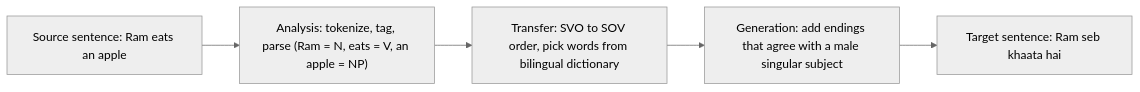
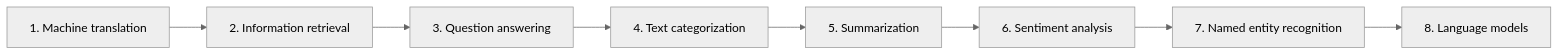
One commit to TrendySloth1001/sem-seven-notes changed the first of 9 diagrams in content/natural-language-processing/notes/nlp-applications.hi.mdx. Above: the diagram before and after it, drawn with Mermaid (neutral theme). The commit also changed other lines of this file and 406 other files, not shown here.

````diff
--- a/content/natural-language-processing/notes/nlp-applications.hi.mdx
+++ b/content/natural-language-processing/notes/nlp-applications.hi.mdx
@@ -128,8 +30,11 @@
 ```mermaid
-%% caption: Transfer-based rule-based MT system ka working, English to Hindi example 'Ram eats an apple' ke saath.
+%% caption: Is note ke aath topics, class slides ke order mein.
 flowchart LR
-  A["Source sentence: Ram eats an apple"] --> B["Analysis: tokenize, tag, parse (Ram = N, eats = V, an apple = NP)"]
-  B --> C["Transfer: SVO to SOV order, pick words from bilingual dictionary"]
-  C --> D["Generation: add endings that agree with a male singular subject"]
-  D --> E["Target sentence: Ram seb khaata hai"]
+  A["1. Machine translation"] --> B["2. Information retrieval"]
+  B --> C["3. Question answering"]
+  C --> D["4. Text categorization"]
+  D --> E["5. Summarization"]
+  E --> F["6. Sentiment analysis"]
+  F --> G["7. Named entity recognition"]
+  G --> H["8. Language models"]
 ```
````
